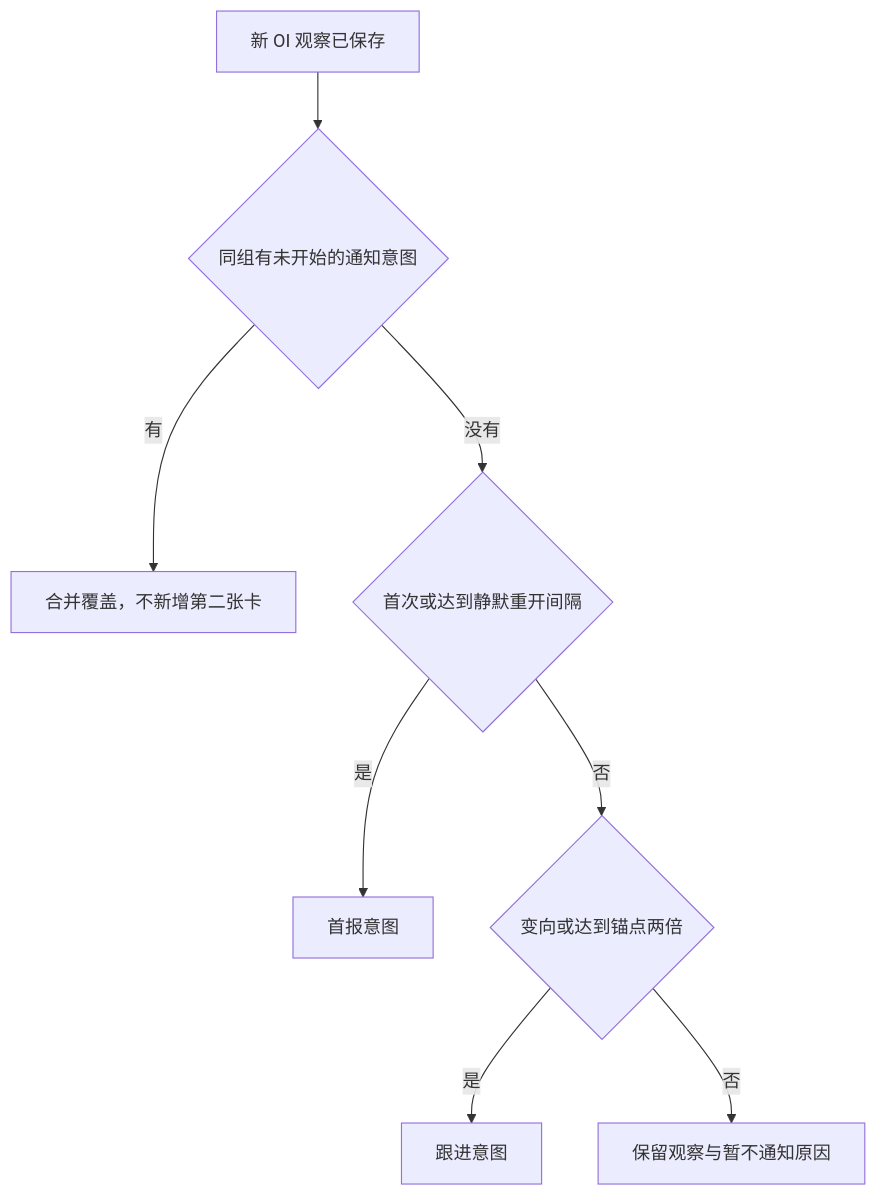
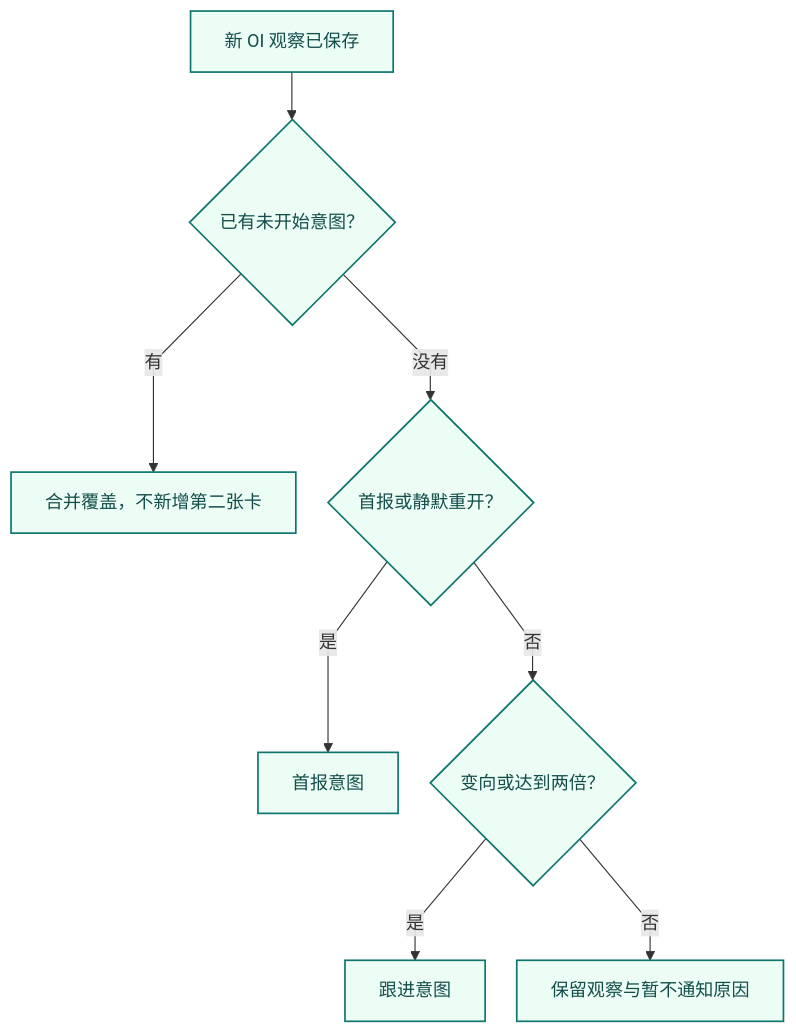
One commit to AnalyThothAI/tracefold changed the second of 3 diagrams in docs/modules/oi.md. Above: the diagram before and after it, drawn with Mermaid. The commit also changed other lines of this file and 19 other files, not shown here.

Commit message:
docs: unify Chinese handbook design and architecture diagrams

````diff
--- a/docs/modules/oi.md
+++ b/docs/modules/oi.md
@@ -67,10 +105,27 @@
 ```mermaid
+---
+config:
+  fontFamily: "system-ui, Noto Sans CJK SC, Microsoft YaHei, WenQuanYi Zen Hei, sans-serif"
+  flowchart:
+    curve: linear
+    nodeSpacing: 28
+    rankSpacing: 42
+---
 flowchart TD
-    O["新 OI 观察已保存"] --> Pending{"同组有未开始的通知意图"}
+    accTitle: OI 分组与跟进
+    accDescr: 同组有未开始意图时合并。否则首次或静默重开产生首报，变向或达到两倍？才产生跟进，其余保留原因。
+    O["新 OI 观察已保存"] --> Pending{"已有未开始意图？"}
     Pending -->|"有"| Merge["合并覆盖，不新增第二张卡"]
-    Pending -->|"没有"| First{"首次或达到静默重开间隔"}
+    Pending -->|"没有"| First{"首报或静默重开？"}
     First -->|"是"| New["首报意图"]
-    First -->|"否"| Change{"变向或达到锚点两倍"}
+    First -->|"否"| Change{"变向或达到两倍？"}
     Change -->|"是"| Follow["跟进意图"]
     Change -->|"否"| Hold["保留观察与暂不通知原因"]
+
+    classDef news fill:#ecfdf5,stroke:#0f766e,color:#134e4a,stroke-width:1.5px
+    classDef research fill:#eef2ff,stroke:#6366f1,color:#312e81,stroke-width:1.5px
+    classDef execution fill:#fff7ed,stroke:#c2410c,color:#7c2d12,stroke-width:1.5px
+    classDef store fill:#f1f5f9,stroke:#64748b,color:#1e293b,stroke-width:1.5px
+    classDef external fill:#f8fafc,stroke:#94a3b8,color:#334155,stroke-dasharray:4 3
+class O,Pending,Merge,First,New,Change,Follow,Hold news;
 ```
````
